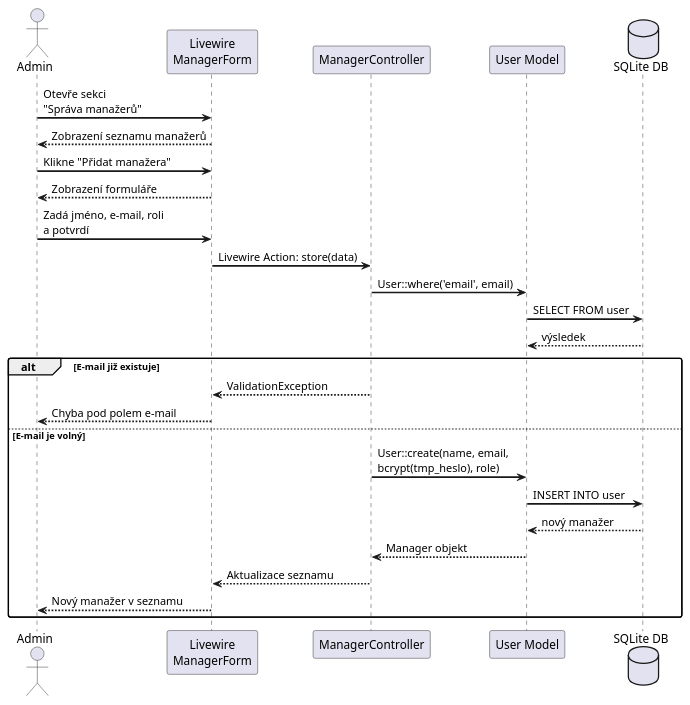
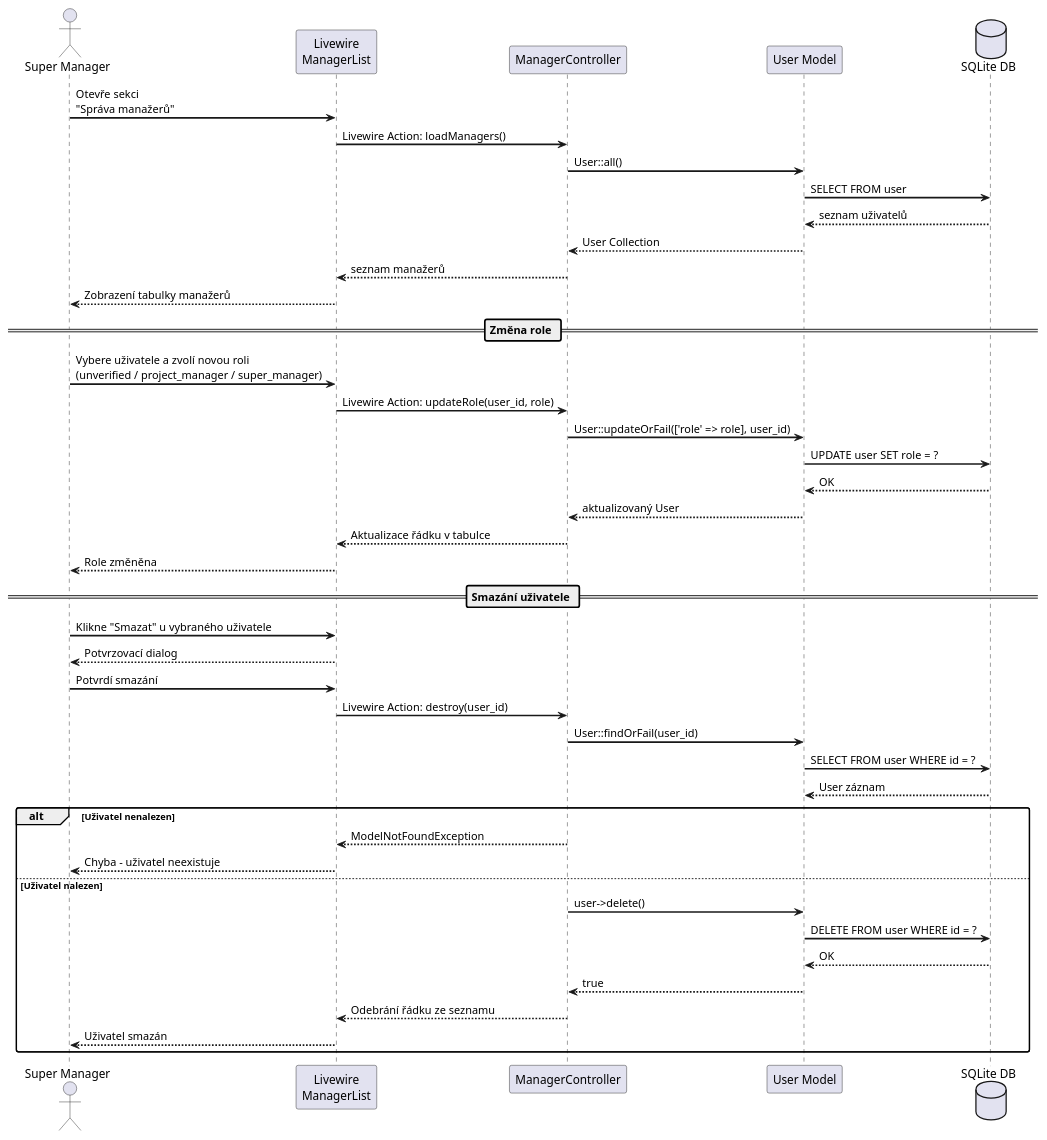
The diagram in xhlase01/diagrams/SD-06-SpravaManazerů.puml (judista25/MPR), drawn with PlantUML before and after one commit. The commit also changed 5 other files, not shown here.

Commit message:
Update diagrams and documentation for user management features

```diff
--- a/xhlase01/diagrams/SD-06-SpravaManazerů.puml
+++ b/xhlase01/diagrams/SD-06-SpravaManazerů.puml
@@ -1,35 +1,53 @@
 @startuml SD-06-SpravaManazerů
 skinparam sequenceArrowThickness 2
 skinparam roundcorner 5
 
-actor "Admin" as Admin
-participant "Livewire\nManagerForm" as LW
+actor "Super Manager" as Admin
+participant "Livewire\nManagerList" as LW
 participant "ManagerController" as MC
 participant "User Model" as MM
 database "SQLite DB" as DB
 
 Admin -> LW : Otevře sekci\n"Správa manažerů"
-LW --> Admin : Zobrazení seznamu manažerů
+LW -> MC : Livewire Action: loadManagers()
+MC -> MM : User::all()
+MM -> DB : SELECT FROM user
+DB --> MM : seznam uživatelů
+MM --> MC : User Collection
+MC --> LW : seznam manažerů
+LW --> Admin : Zobrazení tabulky manažerů
 
-Admin -> LW : Klikne "Přidat manažera"
-LW --> Admin : Zobrazení formuláře
+== Změna role ==
 
-Admin -> LW : Zadá jméno, e-mail, roli\na potvrdí
-LW -> MC : Livewire Action: store(data)
-MC -> MM : User::where('email', email)
-MM -> DB : SELECT FROM user
-DB --> MM : výsledek
+Admin -> LW : Vybere uživatele a zvolí novou roli\n(unverified / project_manager / super_manager)
+LW -> MC : Livewire Action: updateRole(user_id, role)
+MC -> MM : User::updateOrFail(['role' => role], user_id)
+MM -> DB : UPDATE user SET role = ?
+DB --> MM : OK
+MM --> MC : aktualizovaný User
+MC --> LW : Aktualizace řádku v tabulce
+LW --> Admin : Role změněna
 
-alt E-mail již existuje
-    MC --> LW : ValidationException
-    LW --> Admin : Chyba pod polem e-mail
-else E-mail je volný
-    MC -> MM : User::create(name, email,\nbcrypt(tmp_heslo), role)
-    MM -> DB : INSERT INTO user
-    DB --> MM : nový manažer
-    MM --> MC : Manager objekt
-    MC --> LW : Aktualizace seznamu
-    LW --> Admin : Nový manažer v seznamu
+== Smazání uživatele ==
+
+Admin -> LW : Klikne "Smazat" u vybraného uživatele
+LW --> Admin : Potvrzovací dialog
+Admin -> LW : Potvrdí smazání
+LW -> MC : Livewire Action: destroy(user_id)
+MC -> MM : User::findOrFail(user_id)
+MM -> DB : SELECT FROM user WHERE id = ?
+DB --> MM : User záznam
+
+alt Uživatel nenalezen
+    MC --> LW : ModelNotFoundException
+    LW --> Admin : Chyba – uživatel neexistuje
+else Uživatel nalezen
+    MC -> MM : user->delete()
+    MM -> DB : DELETE FROM user WHERE id = ?
+    DB --> MM : OK
+    MM --> MC : true
+    MC --> LW : Odebrání řádku ze seznamu
+    LW --> Admin : Uživatel smazán
 end
 
 @enduml
```
